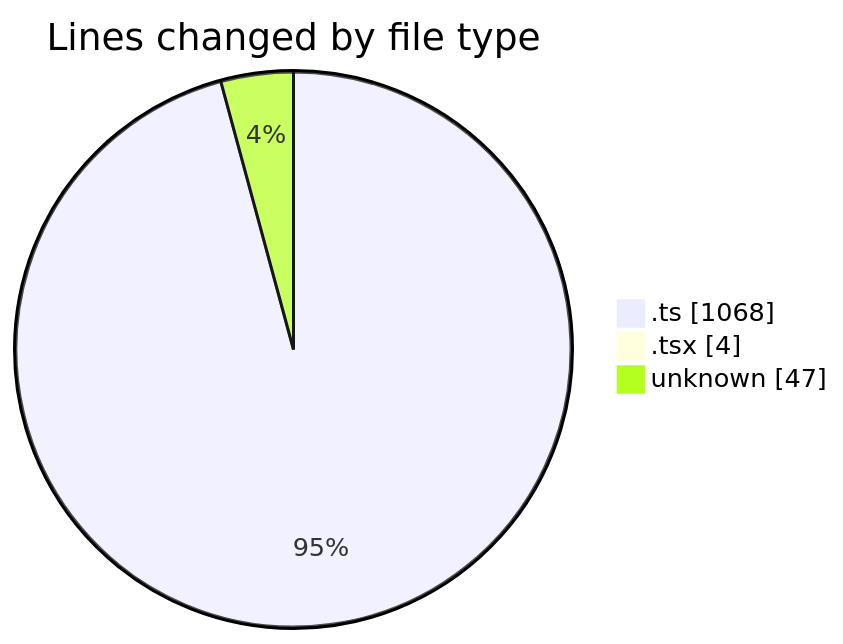
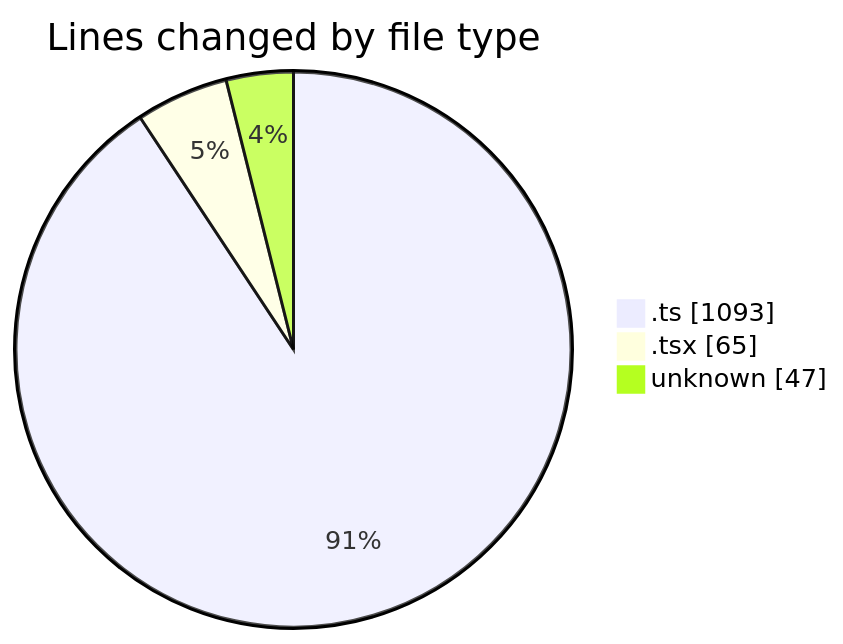
The first of 2 diagrams in 2025-09-11/cda/README.md (momahboobian/code-tracking), drawn with Mermaid before and after one commit. The commit also changed other lines of this file and 1 other file, not shown here.

````diff
--- a/2025-09-11/cda/README.md
+++ b/2025-09-11/cda/README.md
@@ -25,7 +26,7 @@
 ```mermaid
 pie showData
 title Lines changed by file type
-".ts" : 1068
-".tsx" : 4
+".ts" : 1093
+".tsx" : 65
 "unknown" : 47
 ```
````
